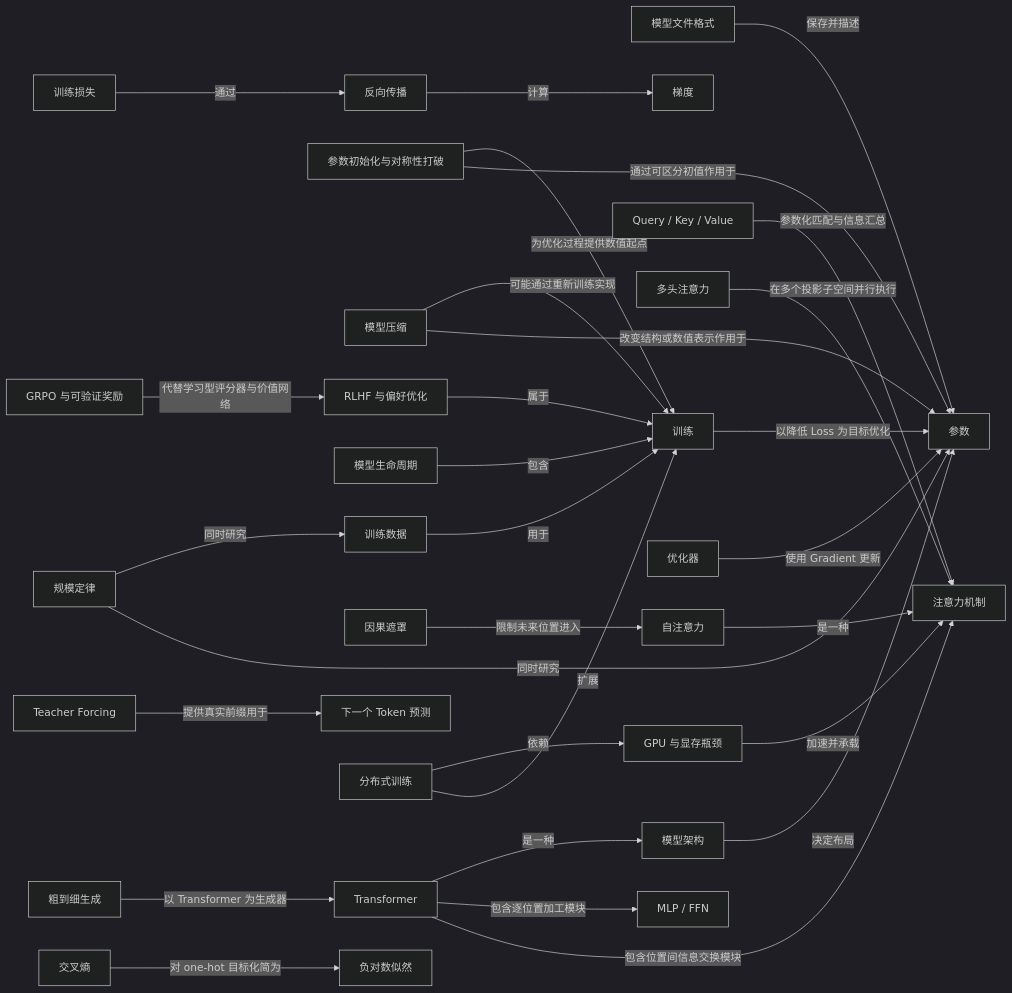
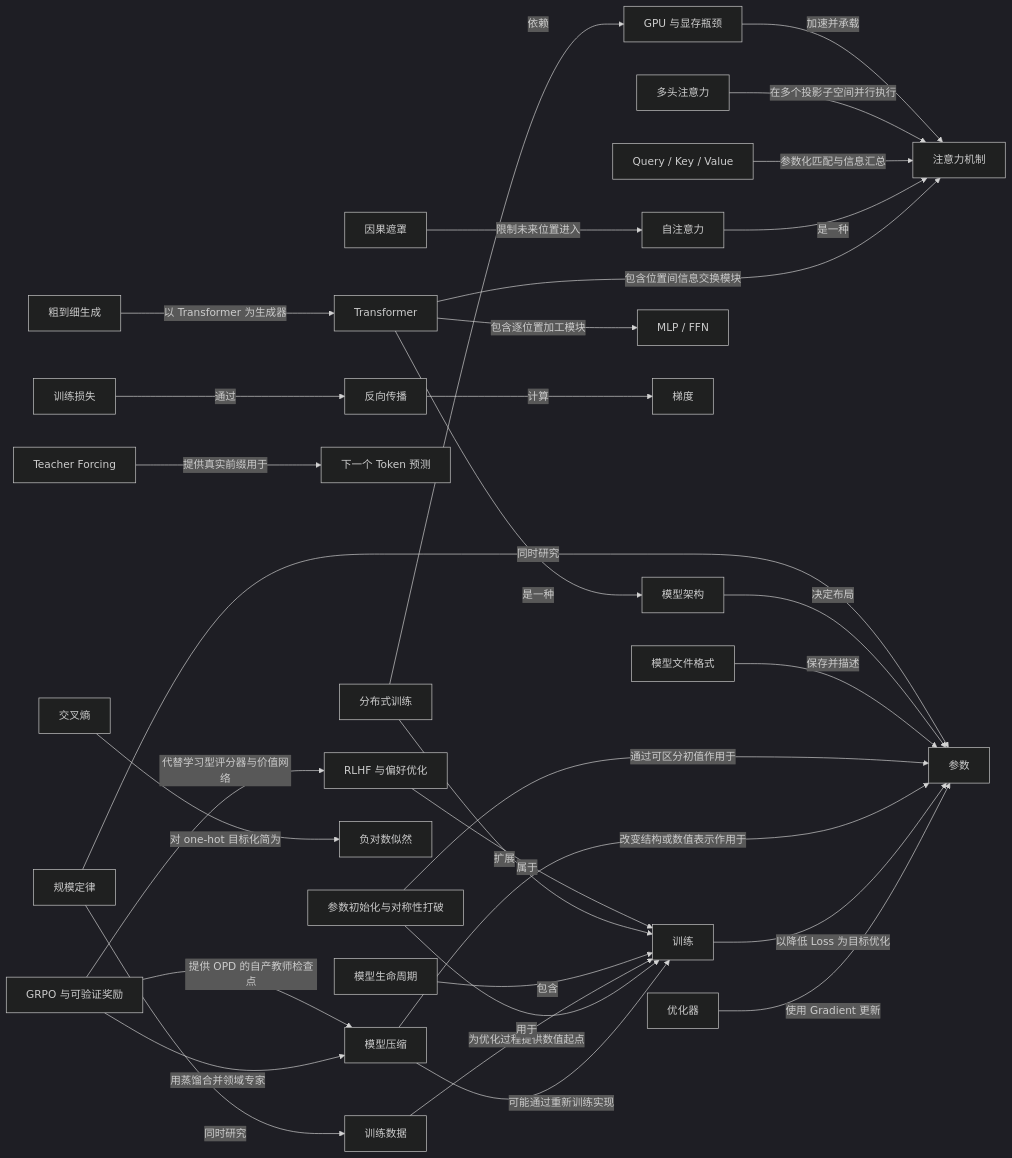
Before and after one commit to z-Zihan/LLM-101: the second of 10 diagrams in 知识网络.md, drawn with Mermaid (dark theme). The commit also changed other lines of this file and 5 other files, not shown here.

````diff
--- a/知识网络.md
+++ b/知识网络.md
@@ -231,61 +231,63 @@
 ```mermaid
 flowchart LR
     n_parameter["参数"]
     n_training_data["训练数据"]
     n_symmetry_breaking["参数初始化与对称性打破"]
     n_model_file_format["模型文件格式"]
     n_model_compression["模型压缩"]
     n_coarse_to_fine_generation["粗到细生成"]
     n_next_token_prediction["下一个 Token 预测"]
     n_model_lifecycle["模型生命周期"]
     n_architecture["模型架构"]
     n_transformer["Transformer"]
     n_attention["注意力机制"]
     n_self_attention["自注意力"]
     n_qkv["Query / Key / Value"]
     n_causal_mask["因果遮罩"]
     n_multi_head_attention["多头注意力"]
     n_mlp["MLP / FFN"]
     n_nll["负对数似然"]
     n_cross_entropy["交叉熵"]
     n_teacher_forcing["Teacher Forcing"]
     n_loss["训练损失"]
     n_backpropagation["反向传播"]
     n_gradient["梯度"]
     n_optimizer["优化器"]
     n_training["训练"]
     n_scaling_laws["规模定律"]
     n_gpu_compute["GPU 与显存瓶颈"]
     n_distributed_training["分布式训练"]
     n_preference_alignment["RLHF 与偏好优化"]
     n_verifiable_reward_rl["GRPO 与可验证奖励"]
     n_transformer -->|"包含位置间信息交换模块"| n_attention
     n_transformer -->|"包含逐位置加工模块"| n_mlp
     n_self_attention -->|"是一种"| n_attention
     n_qkv -->|"参数化匹配与信息汇总"| n_attention
     n_causal_mask -->|"限制未来位置进入"| n_self_attention
     n_multi_head_attention -->|"在多个投影子空间并行执行"| n_attention
     n_cross_entropy -->|"对 one-hot 目标化简为"| n_nll
     n_teacher_forcing -->|"提供真实前缀用于"| n_next_token_prediction
     n_loss -->|"通过"| n_backpropagation
     n_backpropagation -->|"计算"| n_gradient
     n_optimizer -->|"使用 Gradient 更新"| n_parameter
     n_training -->|"以降低 Loss 为目标优化"| n_parameter
     n_model_compression -->|"改变结构或数值表示作用于"| n_parameter
     n_model_compression -->|"可能通过重新训练实现"| n_training
     n_symmetry_breaking -->|"通过可区分初值作用于"| n_parameter
     n_symmetry_breaking -->|"为优化过程提供数值起点"| n_training
     n_model_file_format -->|"保存并描述"| n_parameter
     n_architecture -->|"决定布局"| n_parameter
     n_transformer -->|"是一种"| n_architecture
     n_training_data -->|"用于"| n_training
     n_model_lifecycle -->|"包含"| n_training
     n_scaling_laws -->|"同时研究"| n_parameter
     n_scaling_laws -->|"同时研究"| n_training_data
     n_gpu_compute -->|"加速并承载"| n_attention
     n_distributed_training -->|"扩展"| n_training
     n_distributed_training -->|"依赖"| n_gpu_compute
     n_preference_alignment -->|"属于"| n_training
     n_verifiable_reward_rl -->|"代替学习型评分器与价值网络"| n_preference_alignment
+    n_verifiable_reward_rl -->|"用蒸馏合并领域专家"| n_model_compression
+    n_verifiable_reward_rl -->|"提供 OPD 的自产教师检查点"| n_model_compression
     n_coarse_to_fine_generation -->|"以 Transformer 为生成器"| n_transformer
 ```
````
